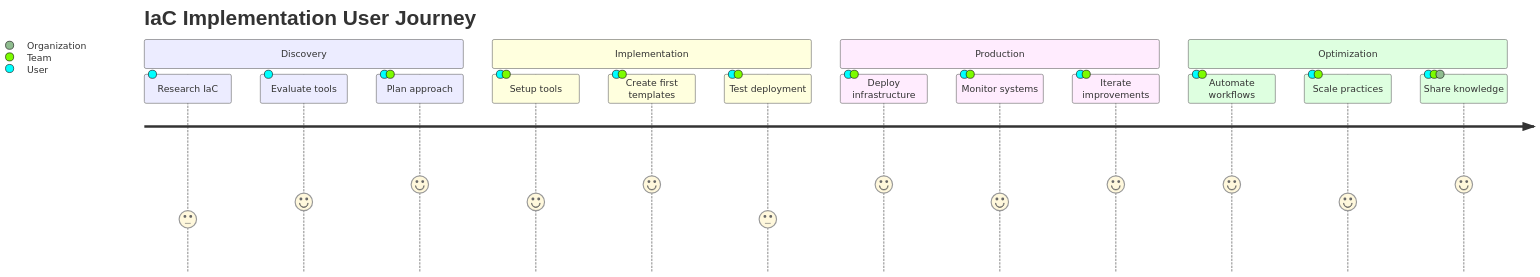
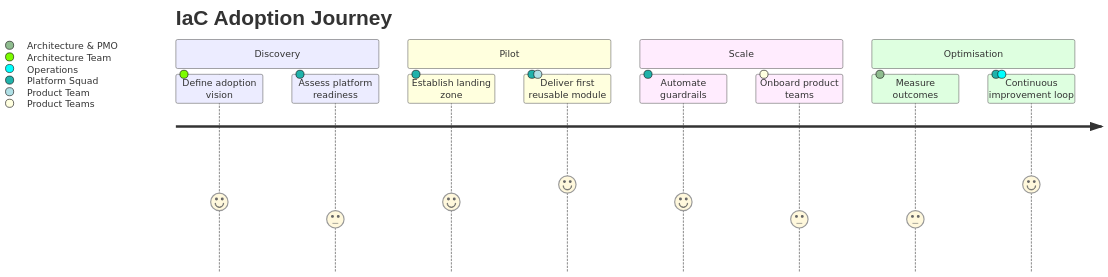
Before and after one commit to Geonitab/architecture_as_code: the diagram in docs/images/diagram_13_user_journey.mmd, drawn with Mermaid. The commit also changed 2 other files, not shown here.

```diff
--- a/docs/images/diagram_13_user_journey.mmd
+++ b/docs/images/diagram_13_user_journey.mmd
@@ -1,18 +1,14 @@
 journey
-    title IaC Implementation User Journey
+    title IaC Adoption Journey
     section Discovery
-      Research IaC: 3: User
-      Evaluate tools: 4: User
-      Plan approach: 5: User, Team
-    section Implementation
-      Setup tools: 4: User, Team
-      Create first templates: 5: User, Team
-      Test deployment: 3: User, Team
-    section Production
-      Deploy infrastructure: 5: User, Team
-      Monitor systems: 4: User, Team
-      Iterate improvements: 5: User, Team
-    section Optimization
-      Automate workflows: 5: User, Team
-      Scale practices: 4: User, Team
-      Share knowledge: 5: User, Team, Organization
+      Define adoption vision: 4: Architecture Team
+      Assess platform readiness: 3: Platform Squad
+    section Pilot
+      Establish landing zone: 4: Platform Squad
+      Deliver first reusable module: 5: Platform Squad, Product Team
+    section Scale
+      Automate guardrails: 4: Platform Squad
+      Onboard product teams: 3: Product Teams
+    section Optimisation
+      Measure outcomes: 3: Architecture & PMO
+      Continuous improvement loop: 5: Platform Squad, Operations
```
